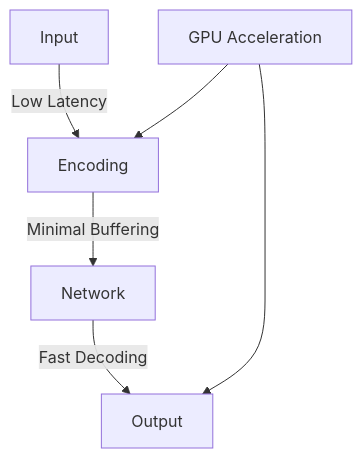
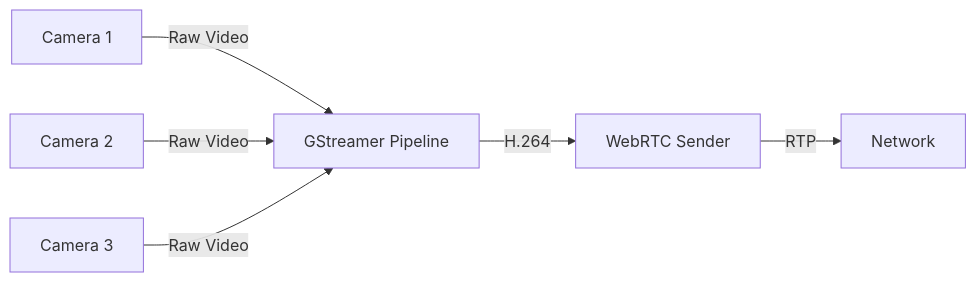
The third of 4 diagrams in docker/web/webrtc_video/README.md (Arsen-Robotics/bigfootbot), drawn with Mermaid before and after one commit. The commit also changed other lines of this file, not shown here.

Commit message:
updated docs for webrtc_video

````diff
--- a/docker/web/webrtc_video/README.md
+++ b/docker/web/webrtc_video/README.md
@@ -136,8 +48,8 @@
 ```mermaid
-graph TD
-    A[Input] -->|Low Latency| B[Encoding]
-    B -->|Minimal Buffering| C[Network]
-    C -->|Fast Decoding| D[Output]
-    E[GPU Acceleration] --> B
-    E --> D
+graph LR
+    A[Camera 1] -->|Raw Video| B[GStreamer Pipeline]
+    C[Camera 2] -->|Raw Video| B
+    D[Camera 3] -->|Raw Video| B
+    B -->|H.264| E[WebRTC Sender]
+    E -->|RTP| F[Network]
 ```
````
